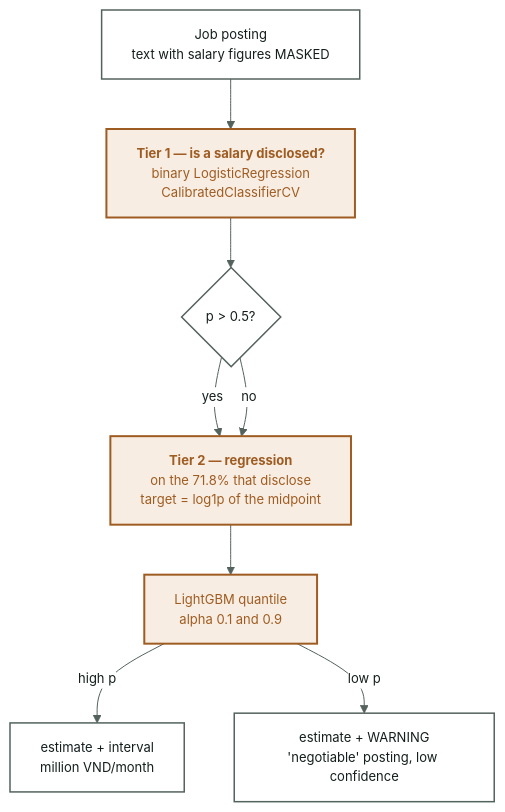
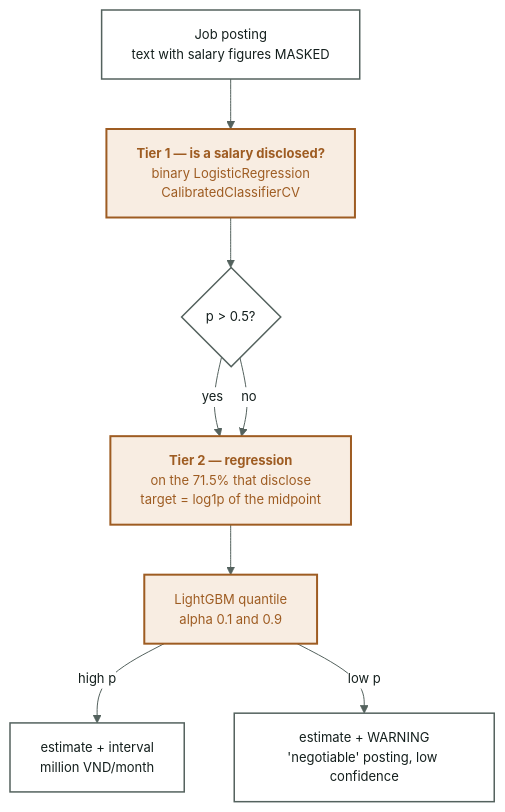
Before and after one commit to boy2407/vietjobs: the diagram in docs/07-bai-toan-luong.md, drawn with Mermaid. The commit also changed other lines of this file and 58 other files, not shown here.

````diff
--- a/docs/07-bai-toan-luong.md
+++ b/docs/07-bai-toan-luong.md
@@ -22,27 +24,27 @@
 ```mermaid
 %%{init:{'theme':'base','themeVariables':{
   'primaryColor':'#EFF3F1','primaryTextColor':'#141F1D','primaryBorderColor':'#54625E',
   'lineColor':'#54625E','fontSize':'13px','fontFamily':'Be Vietnam Pro, Segoe UI, sans-serif',
   'clusterBkg':'#FFFFFF','clusterBorder':'#C3CFCB','edgeLabelBackground':'#FFFFFF',
   'secondaryColor':'#FFFFFF','tertiaryColor':'#FFFFFF','mainBkg':'#FFFFFF',
   'nodeTextColor':'#141F1D','titleColor':'#141F1D'}}}%%
 flowchart TD
     classDef default fill:#FFFFFF,stroke:#54625E,stroke-width:1.5px,color:#141F1D
     IN["Job posting<br/>text with salary figures MASKED"]
     T1["<b>Tier 1 — is a salary disclosed?</b><br/>binary LogisticRegression<br/>CalibratedClassifierCV"]
     D{"p > 0.5?"}
-    T2["<b>Tier 2 — regression</b><br/>on the 71.8% that disclose<br/>target = log1p of the midpoint"]
+    T2["<b>Tier 2 — regression</b><br/>on the 71.5% that disclose<br/>target = log1p of the midpoint"]
     Q["LightGBM quantile<br/>alpha 0.1 and 0.9"]
     OUT1["estimate + interval<br/>million VND/month"]
     OUT2["estimate + WARNING<br/>'negotiable' posting, low confidence"]
 
     IN --> T1 --> D
     D -->|yes| T2
     D -->|no| T2
     T2 --> Q
     Q -->|"high p"| OUT1
     Q -->|"low p"| OUT2
 
     classDef todo fill:#F8EDE2,stroke:#9E5C22,stroke-width:2px,color:#9E5C22
     class T1,T2,Q todo
 ```
````
